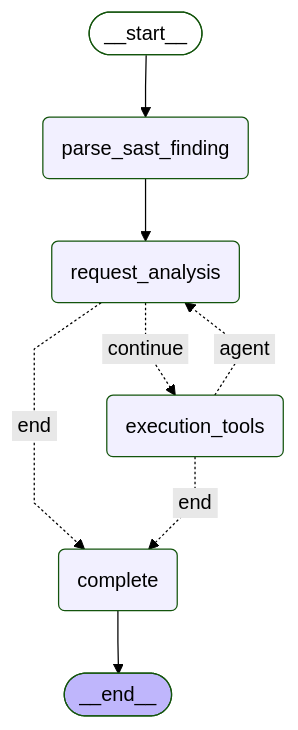
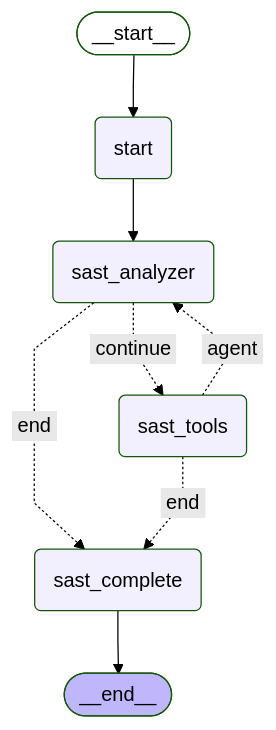
The fifth of 5 diagrams in docs/duo_workflow_service_graphs.md (flyisland/ai-gateway), drawn with Mermaid (forest theme) before and after one commit. The commit also changed 5 other files, not shown here.

First line of the commit message:
feat: Introduce SAST Analyzer Component for false positive detection workflow

````diff
--- a/docs/duo_workflow_service_graphs.md
+++ b/docs/duo_workflow_service_graphs.md
@@ -192,24 +192,24 @@
 ```mermaid
 ---
 config:
   flowchart:
     curve: linear
 ---
 graph TD;
     __start__([<p>__start__</p>]):::first
-    parse_sast_finding(parse_sast_finding)
-    request_analysis(request_analysis)
-    execution_tools(execution_tools)
-    complete(complete)
+    start(start)
+    sast_analyzer(sast_analyzer)
+    sast_tools(sast_tools)
+    sast_complete(sast_complete)
     __end__([<p>__end__</p>]):::last
-    __start__ --> parse_sast_finding;
-    complete --> __end__;
-    parse_sast_finding --> request_analysis;
-    request_analysis -. &nbsp;continue&nbsp; .-> execution_tools;
-    request_analysis -. &nbsp;end&nbsp; .-> complete;
-    execution_tools -. &nbsp;agent&nbsp; .-> request_analysis;
-    execution_tools -. &nbsp;end&nbsp; .-> complete;
+    __start__ --> start;
+    sast_complete --> __end__;
+    start --> sast_analyzer;
+    sast_analyzer -. &nbsp;continue&nbsp; .-> sast_tools;
+    sast_analyzer -. &nbsp;end&nbsp; .-> sast_complete;
+    sast_tools -. &nbsp;agent&nbsp; .-> sast_analyzer;
+    sast_tools -. &nbsp;end&nbsp; .-> sast_complete;
     classDef default fill:#f2f0ff,line-height:1.2
     classDef first fill-opacity:0
     classDef last fill:#bfb6fc
 ```
````
